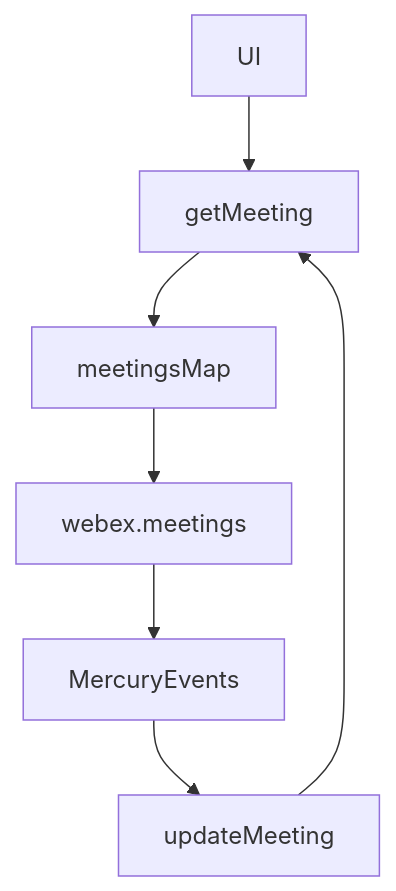
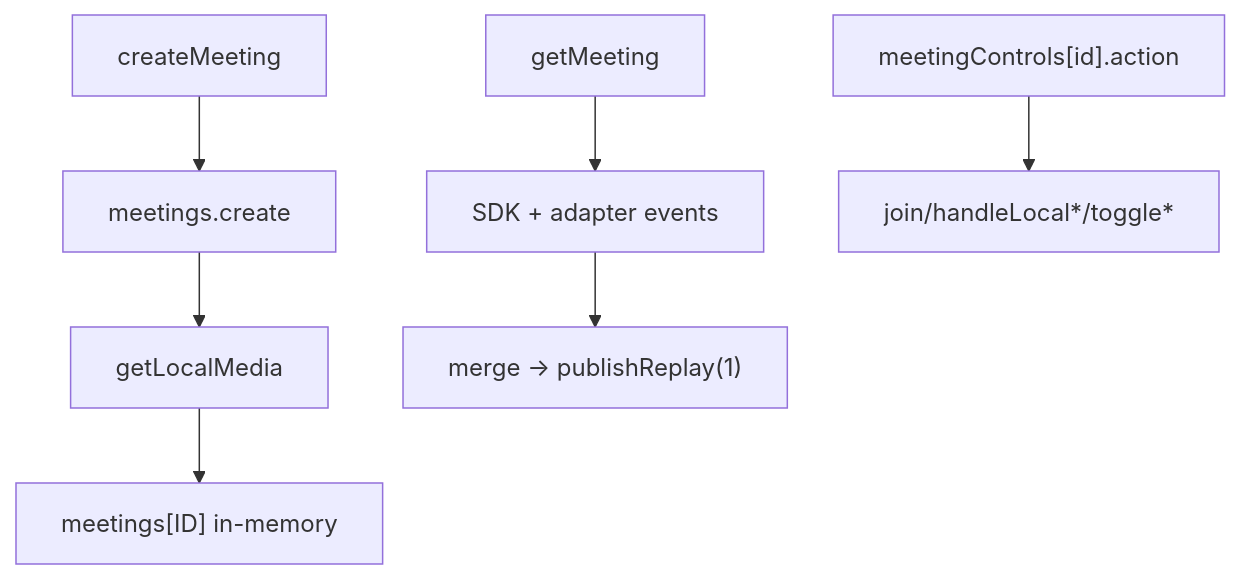
Before and after one commit to webex/sdk-component-adapter: the first of 4 diagrams in src/ai-docs/meetings-sdk-adapter-spec.md, drawn with Mermaid. The commit also changed other lines of this file and 17 other files, not shown here.

````diff
--- a/src/ai-docs/meetings-sdk-adapter-spec.md
+++ b/src/ai-docs/meetings-sdk-adapter-spec.md
@@ -140,9 +123,9 @@
 ```mermaid
 flowchart TD
-  UI --> getMeeting
-  getMeeting --> meetingsMap
-  meetingsMap --> SDK[webex.meetings]
-  SDK --> MercuryEvents
-  MercuryEvents --> updateMeeting
-  updateMeeting --> getMeeting
+  create["createMeeting"] --> sdkCreate["meetings.create"]
+  sdkCreate --> localMedia["getLocalMedia"]
+  localMedia --> store["meetings[ID] in-memory"]
+  getMeeting["getMeeting"] --> events["SDK + adapter events"]
+  events --> merge["merge → publishReplay(1)"]
+  controls["meetingControls[id].action"] --> adapterMethods["join/handleLocal*/toggle*"]
 ```
````
